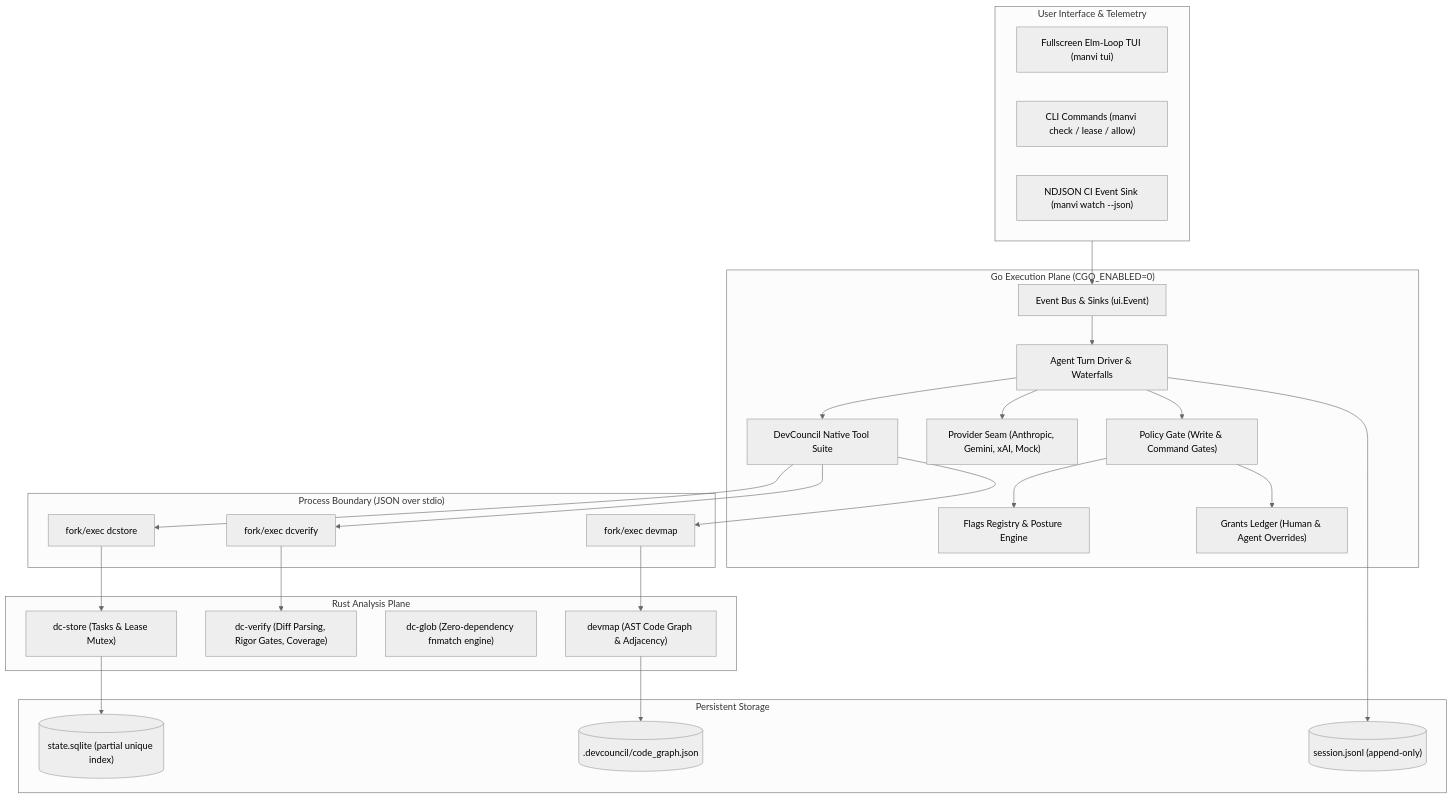
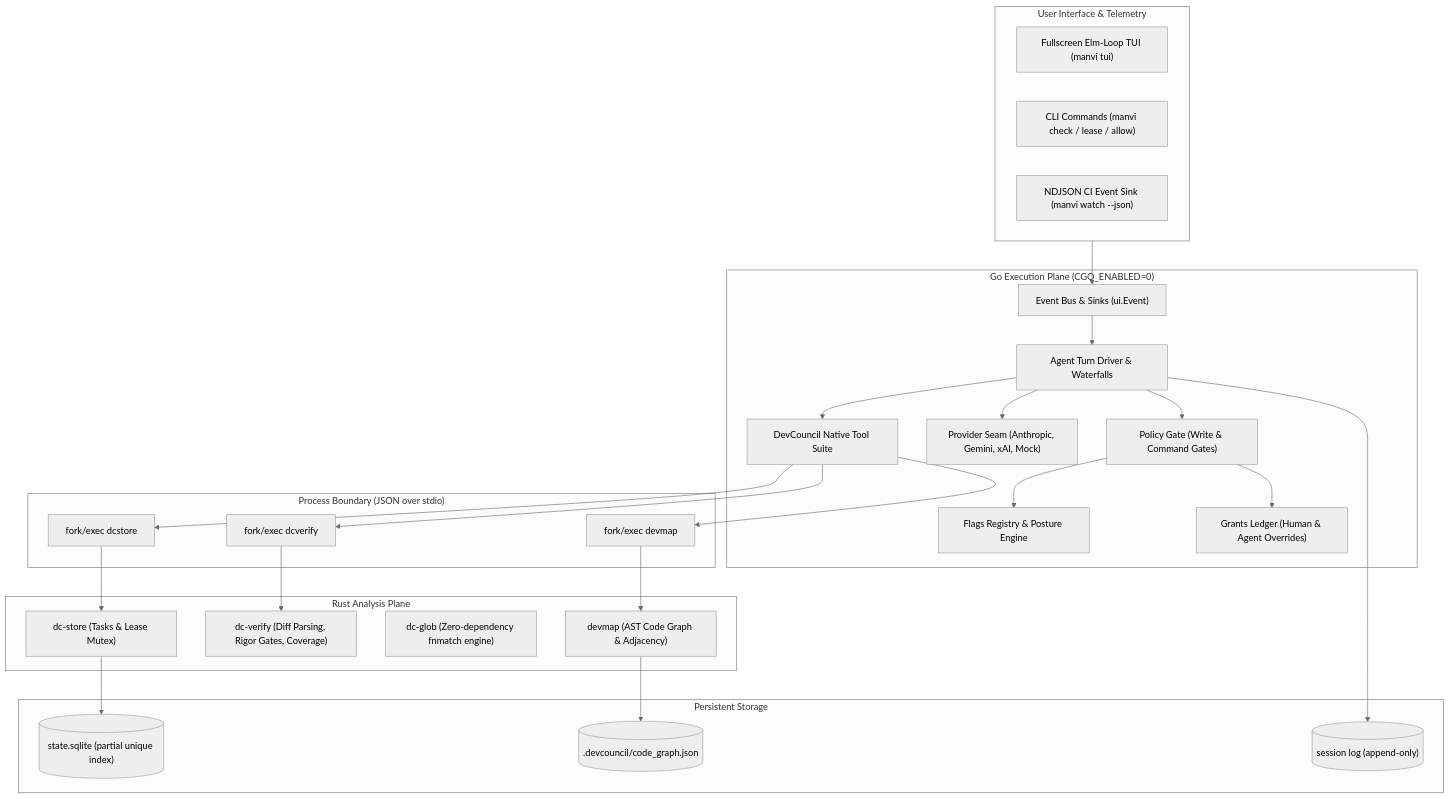
One commit to bharathvbcr/Manvi changed the first of 5 diagrams in docs/ARCHITECTURE.md. Above: the diagram before and after it, drawn with Mermaid (neutral theme). The commit also changed other lines of this file and 58 other files, not shown here.

````diff
--- a/docs/ARCHITECTURE.md
+++ b/docs/ARCHITECTURE.md
@@ -11,52 +11,52 @@
 ```mermaid
 flowchart TB
     subgraph UserInterface["User Interface & Telemetry"]
         TUI["Fullscreen Elm-Loop TUI (manvi tui)"]
         CLI["CLI Commands (manvi check / lease / allow)"]
         Stream["NDJSON CI Event Sink (manvi watch --json)"]
     end
 
     subgraph GoPlane["Go Execution Plane (CGO_ENABLED=0)"]
         Bus["Event Bus & Sinks (ui.Event)"]
         AgentLoop["Agent Turn Driver & Waterfalls"]
         Registry["Flags Registry & Posture Engine"]
         Gate["Policy Gate (Write & Command Gates)"]
         Grants["Grants Ledger (Human & Agent Overrides)"]
         Providers["Provider Seam (Anthropic, Gemini, xAI, Mock)"]
         Tools["DevCouncil Native Tool Suite"]
     end
 
     subgraph ProcessBoundary["Process Boundary (JSON over stdio)"]
         IPC1["fork/exec dcstore"]
         IPC2["fork/exec dcverify"]
         IPC3["fork/exec devmap"]
     end
 
     subgraph RustPlane["Rust Analysis Plane"]
         DCStore["dc-store (Tasks & Lease Mutex)"]
         DCVerify["dc-verify (Diff Parsing, Rigor Gates, Coverage)"]
         DCGlob["dc-glob (Zero-dependency fnmatch engine)"]
         DevMap["devmap (AST Code Graph & Adjacency)"]
     end
 
     subgraph Storage["Persistent Storage"]
         SQLite[("state.sqlite (partial unique index)")]
         CodeGraph[(".devcouncil/code_graph.json")]
-        SessionLog[("session.jsonl (append-only)")]
+        SessionLog[("session log (append-only)")]
     end
 
     UserInterface --> Bus
     Bus --> AgentLoop
     AgentLoop --> Gate
     Gate --> Grants
     Gate --> Registry
     AgentLoop --> Providers
     AgentLoop --> Tools
     Tools --> IPC1 & IPC2 & IPC3
     IPC1 --> DCStore
     IPC2 --> DCVerify
     IPC3 --> DevMap
     DCStore --> SQLite
     DevMap --> CodeGraph
     AgentLoop --> SessionLog
 ```
````
